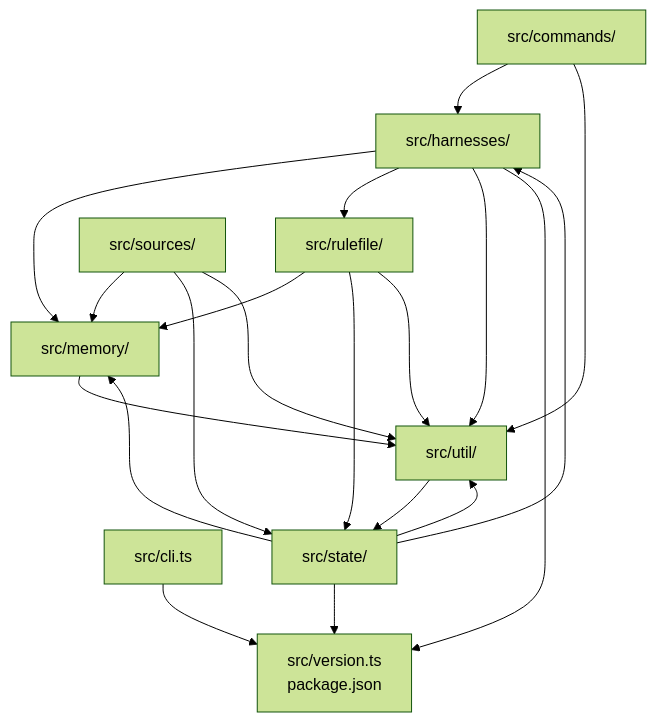
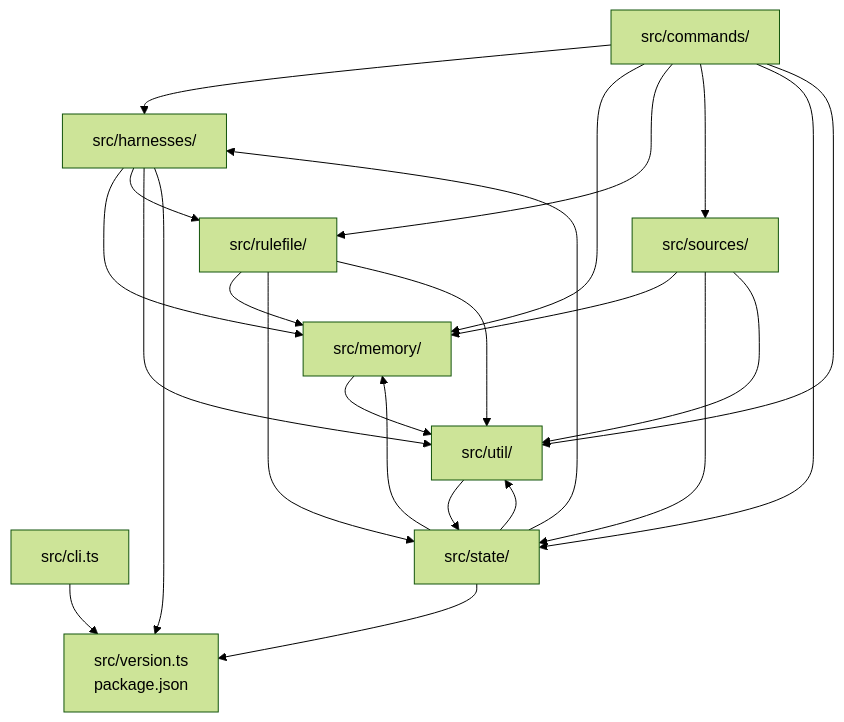
Before and after one commit to Vivswan/maxims: the eighth of 8 diagrams in docs/architecture.md, drawn with Mermaid (forest theme). The commit also changed 31 other files, not shown here.

````diff
--- a/docs/architecture.md
+++ b/docs/architecture.md
@@ -288,31 +288,35 @@
 ```mermaid
 graph TD
   cli["src/cli.ts"]
   commands["src/commands/"]
   harnesses["src/harnesses/"]
   rulefile["src/rulefile/"]
   sources["src/sources/"]
   state["src/state/"]
   memory["src/memory/"]
   util["src/util/"]
   version["src/version.ts<br>package.json"]
   cli --> version
   commands --> harnesses
+  commands --> memory
+  commands --> rulefile
+  commands --> sources
+  commands --> state
   commands --> util
   harnesses --> memory
   harnesses --> rulefile
   harnesses --> util
   harnesses --> version
   rulefile --> memory
   rulefile --> state
   rulefile --> util
   sources --> memory
   sources --> state
   sources --> util
   state --> harnesses
   state --> memory
   state --> util
   state --> version
   memory --> util
   util --> state
 ```
````
